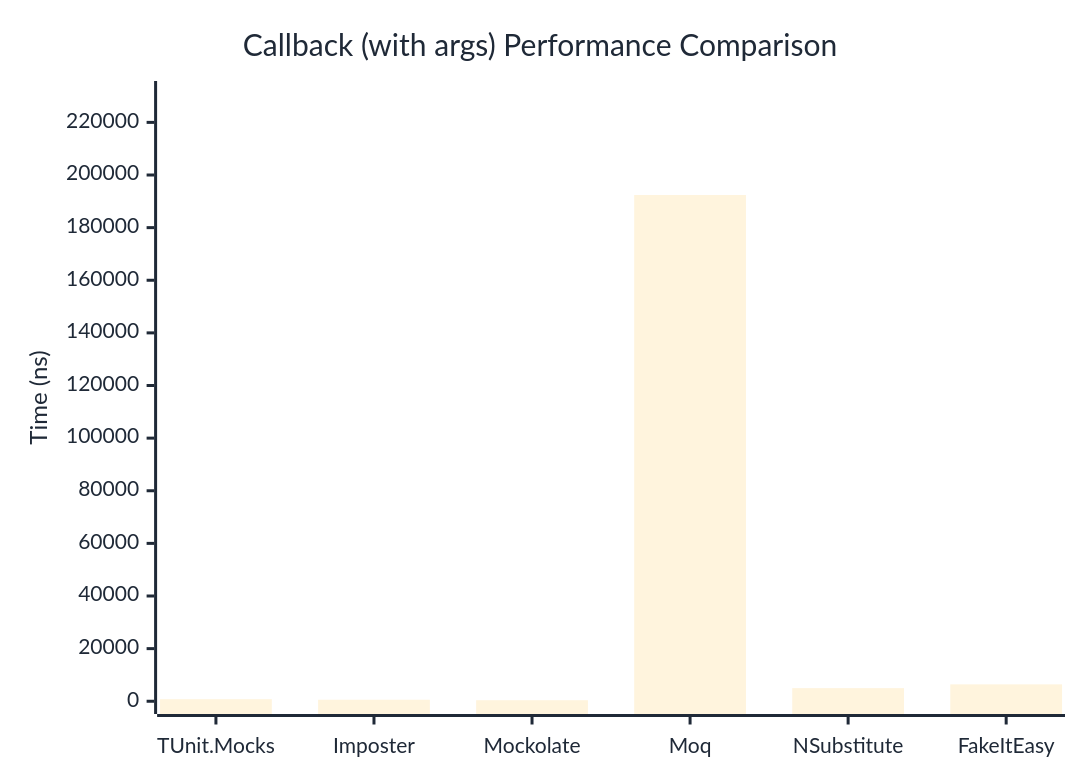
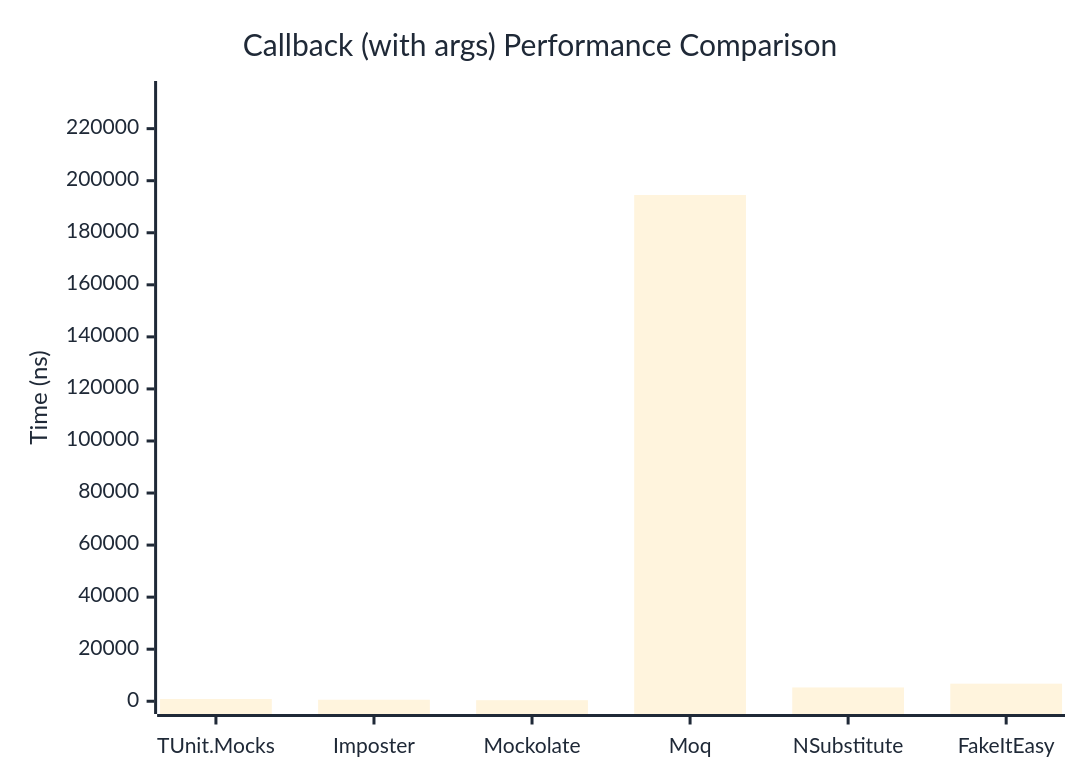
The second of 2 diagrams in docs/docs/benchmarks/mocks/Callback.md (thomhurst/TUnit), drawn with Mermaid before and after one commit. The commit also changed other lines of this file and 14 other files, not shown here.

````diff
--- a/docs/docs/benchmarks/mocks/Callback.md
+++ b/docs/docs/benchmarks/mocks/Callback.md
@@ -71,27 +71,27 @@
 ```mermaid
 %%{init: {
   'theme':'base',
   'themeVariables': {
     'primaryColor': '#2563eb',
     'primaryTextColor': '#1f2937',
     'primaryBorderColor': '#1e40af',
     'lineColor': '#6b7280',
     'secondaryColor': '#7c3aed',
     'tertiaryColor': '#dc2626',
     'background': '#ffffff',
     'pie1': '#2563eb',
     'pie2': '#7c3aed',
     'pie3': '#dc2626',
     'pie4': '#f59e0b',
     'pie5': '#10b981',
     'pie6': '#06b6d4',
     'pie7': '#ec4899',
     'pie8': '#6366f1'
   }
 }}%%
 xychart-beta
   title "Callback (with args) Performance Comparison"
   x-axis ["TUnit.Mocks", "Imposter", "Mockolate", "Moq", "NSubstitute", "FakeItEasy"]
-  y-axis "Time (ns)" 0 --> 230883
-  bar [786.6, 578.2, 395.3, 192402, 4989, 6422.3]
+  y-axis "Time (ns)" 0 --> 233409
+  bar [853.3, 587.2, 411.7, 194507.4, 5297.6, 6755.9]
 ```
````
